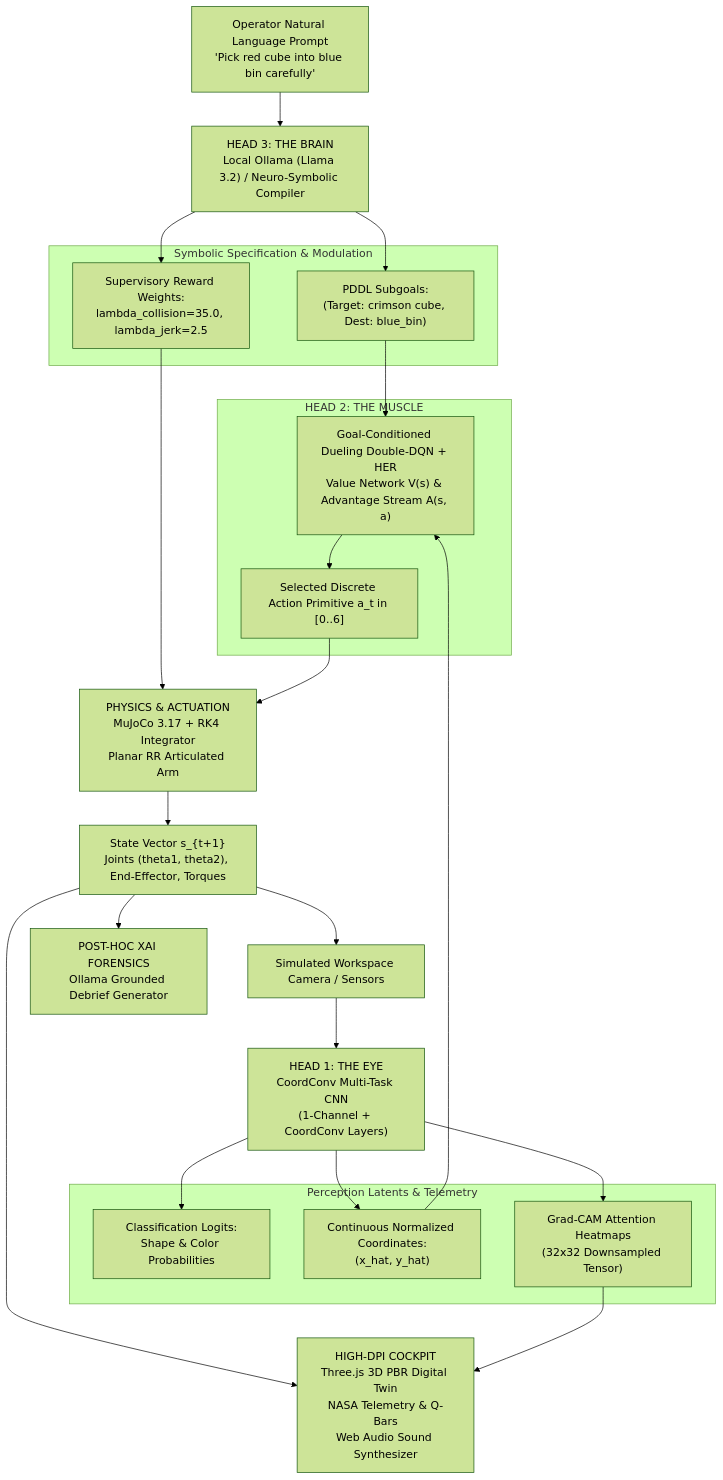
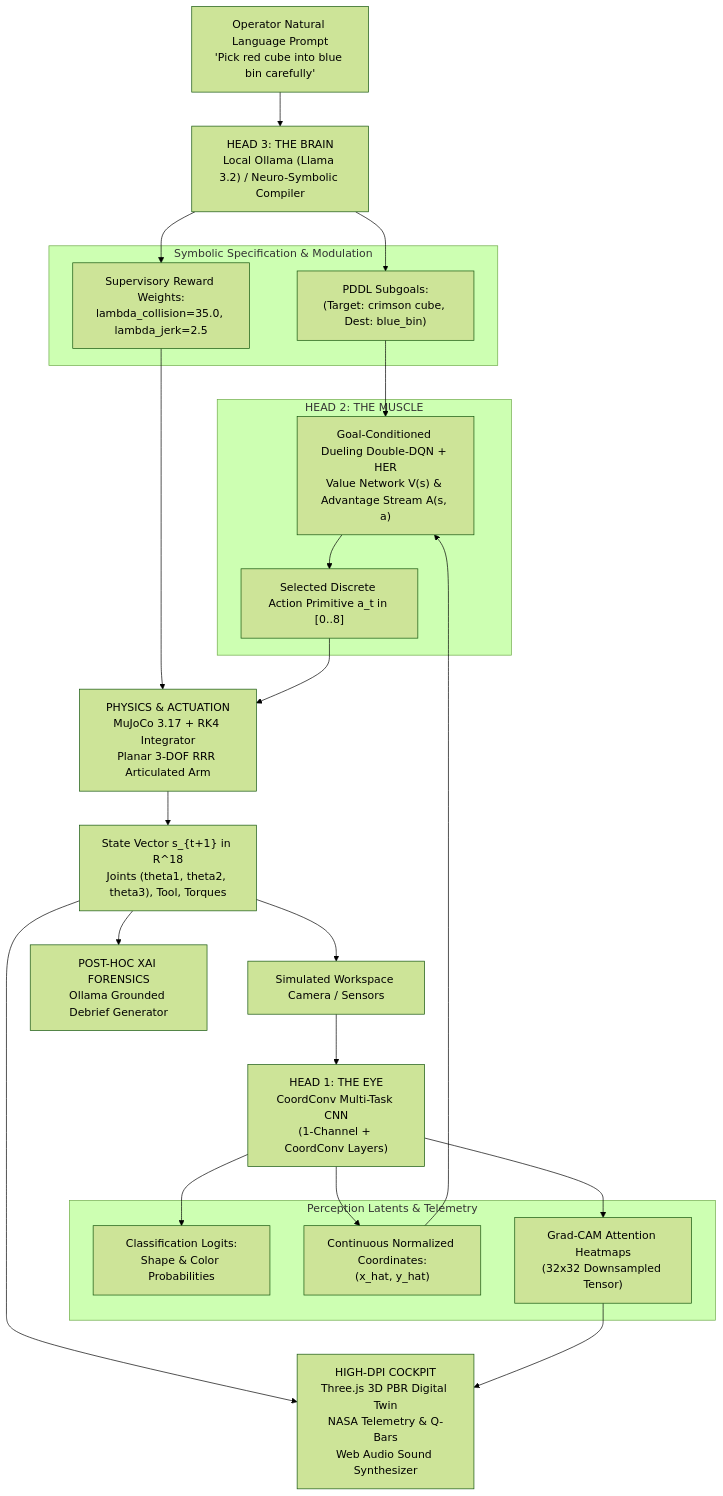
Before and after one commit to darayavahoush/CERBERUS-ARM: the diagram in docs/ARCHITECTURE.md, drawn with Mermaid (forest theme). The commit also changed other lines of this file and 9 other files, not shown here.

````diff
--- a/docs/ARCHITECTURE.md
+++ b/docs/ARCHITECTURE.md
@@ -11,40 +11,40 @@
 ```mermaid
 flowchart TD
     User["Operator Natural Language Prompt\n'Pick red cube into blue bin carefully'"] --> Head3["HEAD 3: THE BRAIN\nLocal Ollama (Llama 3.2) / Neuro-Symbolic Compiler"]
     
     subgraph BrainOutput ["Symbolic Specification & Modulation"]
         PDDL["PDDL Subgoals:\n(Target: crimson cube, Dest: blue_bin)"]
         Weights["Supervisory Reward Weights:\nlambda_collision=35.0, lambda_jerk=2.5"]
     end
     Head3 --> PDDL
     Head3 --> Weights
 
     Sensors["Simulated Workspace Camera / Sensors"] --> Head1["HEAD 1: THE EYE\nCoordConv Multi-Task CNN\n(1-Channel + CoordConv Layers)"]
     
     subgraph VisionOutput ["Perception Latents & Telemetry"]
         ClassPred["Classification Logits:\nShape & Color Probabilities"]
         Centroids["Continuous Normalized Coordinates:\n(x_hat, y_hat)"]
         GradCAM["Grad-CAM Attention Heatmaps\n(32x32 Downsampled Tensor)"]
     end
     Head1 --> ClassPred
     Head1 --> Centroids
     Head1 --> GradCAM
 
     PDDL --> Head2
     Weights --> MuJoCo
     Centroids --> Head2
 
     subgraph Manipulation ["HEAD 2: THE MUSCLE"]
         Head2["Goal-Conditioned Dueling Double-DQN + HER\nValue Network V(s) & Advantage Stream A(s, a)"]
-        Policy["Selected Discrete Action Primitive a_t in [0..6]"]
+        Policy["Selected Discrete Action Primitive a_t in [0..8]"]
         Head2 --> Policy
     end
 
-    Policy --> MuJoCo["PHYSICS & ACTUATION\nMuJoCo 3.17 + RK4 Integrator\nPlanar RR Articulated Arm"]
-    MuJoCo --> State["State Vector s_{t+1}\nJoints (theta1, theta2), End-Effector, Torques"]
+    Policy --> MuJoCo["PHYSICS & ACTUATION\nMuJoCo 3.17 + RK4 Integrator\nPlanar 3-DOF RRR Articulated Arm"]
+    MuJoCo --> State["State Vector s_{t+1} in R^18\nJoints (theta1, theta2, theta3), Tool, Torques"]
     State --> Sensors
 
     State --> Dashboard["HIGH-DPI COCKPIT\nThree.js 3D PBR Digital Twin\nNASA Telemetry & Q-Bars\nWeb Audio Sound Synthesizer"]
     GradCAM --> Dashboard
     State --> Debrief["POST-HOC XAI FORENSICS\nOllama Grounded Debrief Generator"]
 ```
````
